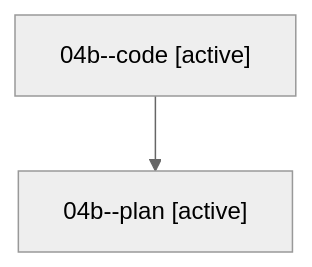
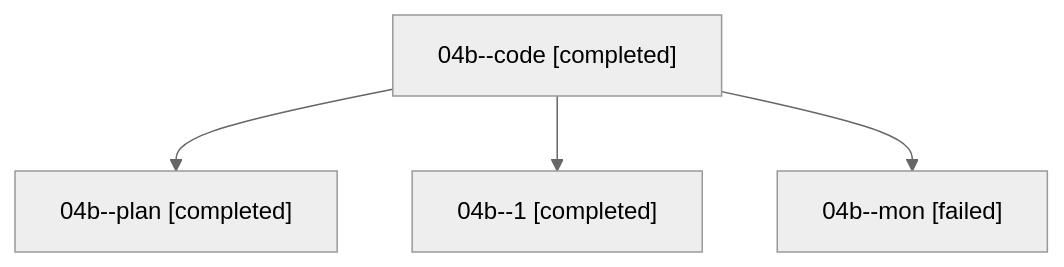
Before and after one commit to sase-org/sase--agents: the diagram in families/bbugyi200.athena.04b.md, drawn with Mermaid (neutral theme). The commit also changed other lines of this file and 205 other files, not shown here.

````diff
--- a/families/bbugyi200.athena.04b.md
+++ b/families/bbugyi200.athena.04b.md
@@ -9,6 +9,10 @@
 ```mermaid
 flowchart TD
-  n0["04b--code [active]"]
-  n1["04b--plan [active]"]
+  n0["04b--code [completed]"]
+  n1["04b--plan [completed]"]
   n0 --> n1
+  n2["04b--1 [completed]"]
+  n0 --> n2
+  n3["04b--mon [failed]"]
+  n0 --> n3
 ```
````
